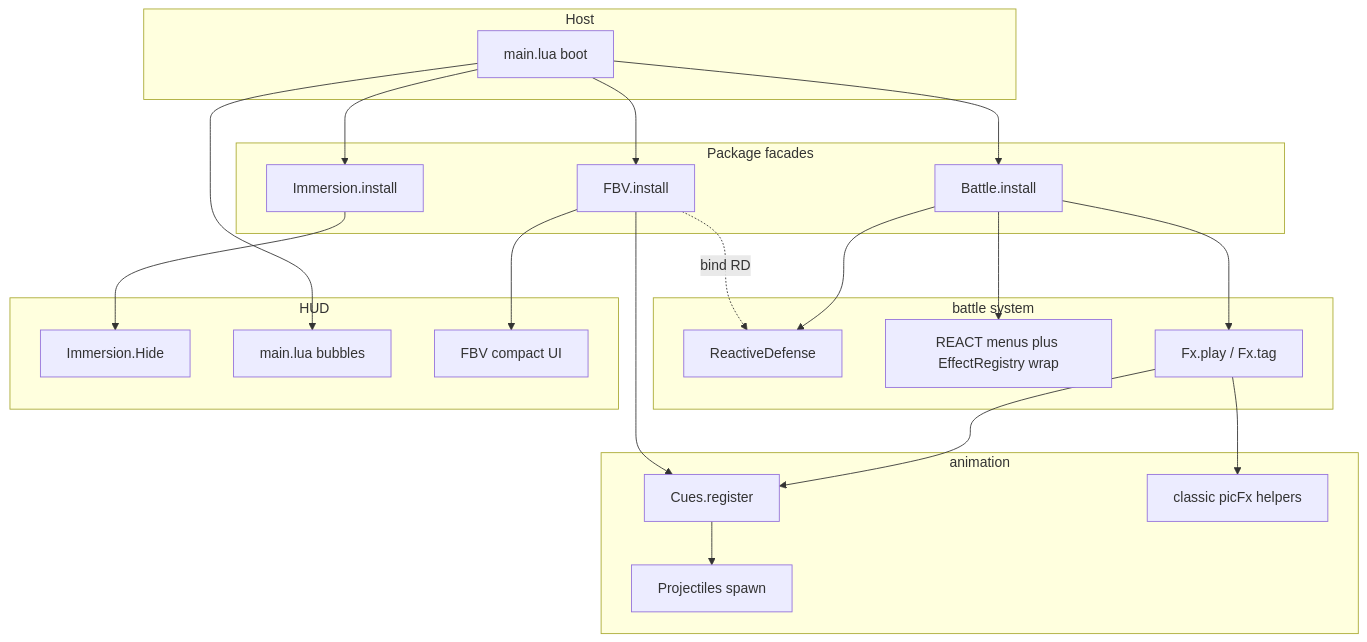
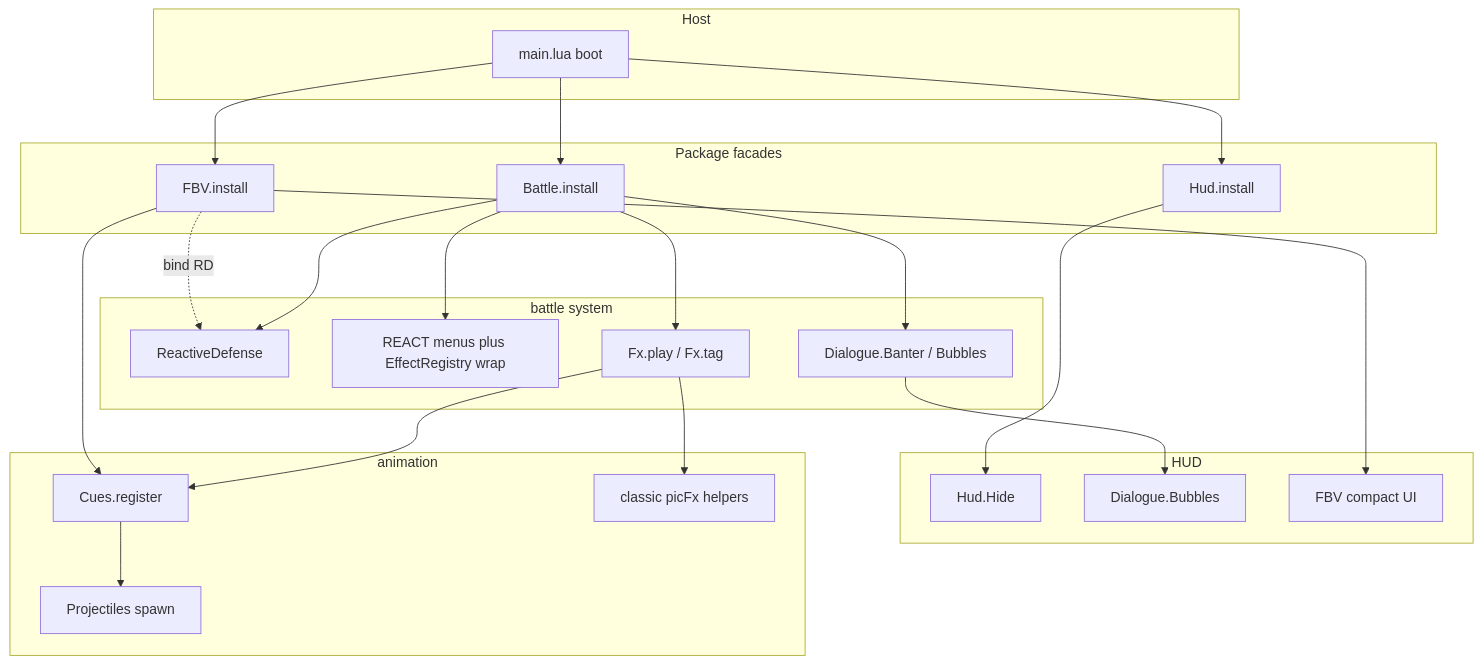
The fourth of 4 diagrams in ARCHITECTURE.md (businessmachines02/anime-realism), drawn with Mermaid before and after one commit. The commit also changed other lines of this file and 54 other files, not shown here.

````diff
--- a/ARCHITECTURE.md
+++ b/ARCHITECTURE.md
@@ -336,40 +337,42 @@
 ```mermaid
 flowchart TB
   subgraph host [Host]
     Main[main.lua boot]
   end
   subgraph facades [Package facades]
-    Imm[Immersion.install]
+    Hud[Hud.install]
     Bat[Battle.install]
     FBV[FBV.install]
   end
   subgraph battlePkg [battle system]
     RD[ReactiveDefense]
     React[REACT menus plus EffectRegistry wrap]
     Fx[Fx.play / Fx.tag]
+    Dial[Dialogue.Banter / Bubbles]
   end
   subgraph hudPkg [HUD]
-    Hide[Immersion.Hide]
-    Bubbles[main.lua bubbles]
+    Hide[Hud.Hide]
+    Bubbles[Dialogue.Bubbles]
     FieldUI[FBV compact UI]
   end
   subgraph animPkg [animation]
     CueReg[Cues.register]
     Proj[Projectiles spawn]
     ClassicFx[classic picFx helpers]
   end
-  Main --> Imm
+  Main --> Hud
   Main --> Bat
   Main --> FBV
-  Imm --> Hide
+  Hud --> Hide
   Bat --> RD
   Bat --> React
   Bat --> Fx
+  Bat --> Dial
   Fx --> CueReg
   Fx --> ClassicFx
   FBV --> FieldUI
   FBV --> CueReg
   CueReg --> Proj
-  Main --> Bubbles
+  Dial --> Bubbles
   FBV -.->|"bind RD"| RD
 ```
````
